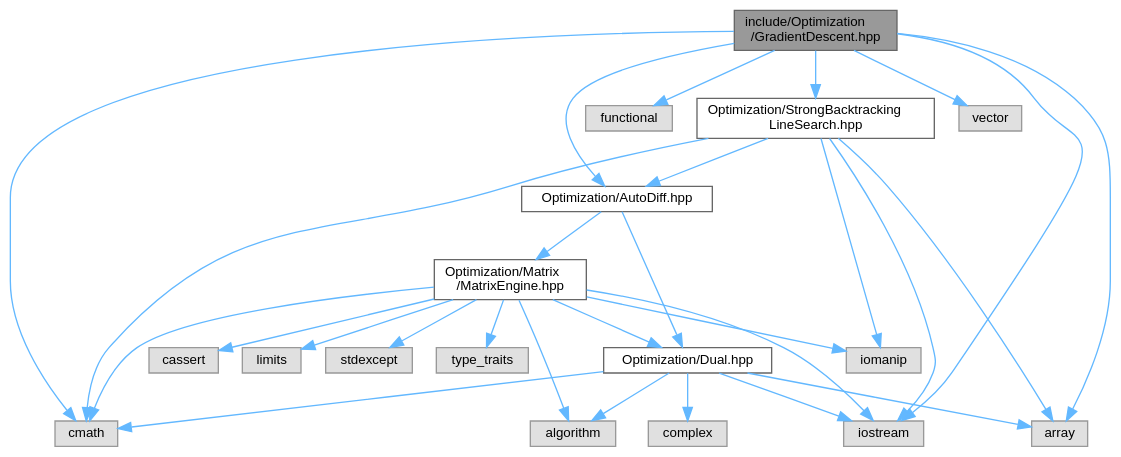
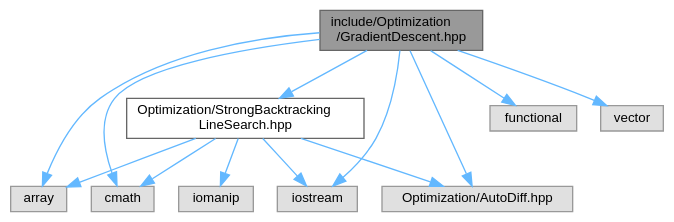
Before and after one commit to jswoo0615/Algorithms_for_Optimization_cpp: the diagram in GradientDescent_8hpp__incl.dot, drawn with Graphviz. The commit also changed 87 other files, not shown here.

```diff
--- a/GradientDescent_8hpp__incl.dot
+++ b/GradientDescent_8hpp__incl.dot
@@ -1,52 +1,28 @@
 digraph "include/Optimization/GradientDescent.hpp"
 {
  // LATEX_PDF_SIZE
   bgcolor="transparent";
   edge [fontname=Helvetica,fontsize=10,labelfontname=Helvetica,labelfontsize=10];
   node [fontname=Helvetica,fontsize=10,shape=box,height=0.2,width=0.4];
   Node1 [id="Node000001",label="include/Optimization\l/GradientDescent.hpp",height=0.2,width=0.4,color="gray40", fillcolor="grey60", style="filled", fontcolor="black",tooltip="Gradient Descent (경사하강법) 최적화 알고리즘 구현"];
   Node1 -> Node2 [id="edge1_Node000001_Node000002",color="steelblue1",style="solid",tooltip=" "];
   Node2 [id="Node000002",label="array",height=0.2,width=0.4,color="grey60", fillcolor="#E0E0E0", style="filled",tooltip=" "];
   Node1 -> Node3 [id="edge2_Node000001_Node000003",color="steelblue1",style="solid",tooltip=" "];
   Node3 [id="Node000003",label="cmath",height=0.2,width=0.4,color="grey60", fillcolor="#E0E0E0", style="filled",tooltip=" "];
   Node1 -> Node4 [id="edge3_Node000001_Node000004",color="steelblue1",style="solid",tooltip=" "];
   Node4 [id="Node000004",label="functional",height=0.2,width=0.4,color="grey60", fillcolor="#E0E0E0", style="filled",tooltip=" "];
   Node1 -> Node5 [id="edge4_Node000001_Node000005",color="steelblue1",style="solid",tooltip=" "];
   Node5 [id="Node000005",label="iostream",height=0.2,width=0.4,color="grey60", fillcolor="#E0E0E0", style="filled",tooltip=" "];
   Node1 -> Node6 [id="edge5_Node000001_Node000006",color="steelblue1",style="solid",tooltip=" "];
   Node6 [id="Node000006",label="vector",height=0.2,width=0.4,color="grey60", fillcolor="#E0E0E0", style="filled",tooltip=" "];
   Node1 -> Node7 [id="edge6_Node000001_Node000007",color="steelblue1",style="solid",tooltip=" "];
-  Node7 [id="Node000007",label="Optimization/AutoDiff.hpp",height=0.2,width=0.4,color="grey40", fillcolor="white", style="filled",URL="$AutoDiff_8hpp_source.html",tooltip=" "];
-  Node7 -> Node8 [id="edge7_Node000007_Node000008",color="steelblue1",style="solid",tooltip=" "];
-  Node8 [id="Node000008",label="Optimization/Dual.hpp",height=0.2,width=0.4,color="grey40", fillcolor="white", style="filled",URL="$Dual_8hpp_source.html",tooltip=" "];
-  Node8 -> Node9 [id="edge8_Node000008_Node000009",color="steelblue1",style="solid",tooltip=" "];
-  Node9 [id="Node000009",label="algorithm",height=0.2,width=0.4,color="grey60", fillcolor="#E0E0E0", style="filled",tooltip=" "];
-  Node8 -> Node2 [id="edge9_Node000008_Node000002",color="steelblue1",style="solid",tooltip=" "];
-  Node8 -> Node3 [id="edge10_Node000008_Node000003",color="steelblue1",style="solid",tooltip=" "];
-  Node8 -> Node10 [id="edge11_Node000008_Node000010",color="steelblue1",style="solid",tooltip=" "];
-  Node10 [id="Node000010",label="complex",height=0.2,width=0.4,color="grey60", fillcolor="#E0E0E0", style="filled",tooltip=" "];
-  Node8 -> Node5 [id="edge12_Node000008_Node000005",color="steelblue1",style="solid",tooltip=" "];
-  Node7 -> Node11 [id="edge13_Node000007_Node000011",color="steelblue1",style="solid",tooltip=" "];
-  Node11 [id="Node000011",label="Optimization/Matrix\l/MatrixEngine.hpp",height=0.2,width=0.4,color="grey40", fillcolor="white", style="filled",URL="$MatrixEngine_8hpp_source.html",tooltip=" "];
-  Node11 -> Node9 [id="edge14_Node000011_Node000009",color="steelblue1",style="solid",tooltip=" "];
-  Node11 -> Node12 [id="edge15_Node000011_Node000012",color="steelblue1",style="solid",tooltip=" "];
-  Node12 [id="Node000012",label="cassert",height=0.2,width=0.4,color="grey60", fillcolor="#E0E0E0", style="filled",tooltip=" "];
-  Node11 -> Node3 [id="edge16_Node000011_Node000003",color="steelblue1",style="solid",tooltip=" "];
-  Node11 -> Node13 [id="edge17_Node000011_Node000013",color="steelblue1",style="solid",tooltip=" "];
-  Node13 [id="Node000013",label="iomanip",height=0.2,width=0.4,color="grey60", fillcolor="#E0E0E0", style="filled",tooltip=" "];
-  Node11 -> Node5 [id="edge18_Node000011_Node000005",color="steelblue1",style="solid",tooltip=" "];
-  Node11 -> Node14 [id="edge19_Node000011_Node000014",color="steelblue1",style="solid",tooltip=" "];
-  Node14 [id="Node000014",label="limits",height=0.2,width=0.4,color="grey60", fillcolor="#E0E0E0", style="filled",tooltip=" "];
-  Node11 -> Node15 [id="edge20_Node000011_Node000015",color="steelblue1",style="solid",tooltip=" "];
-  Node15 [id="Node000015",label="stdexcept",height=0.2,width=0.4,color="grey60", fillcolor="#E0E0E0", style="filled",tooltip=" "];
-  Node11 -> Node16 [id="edge21_Node000011_Node000016",color="steelblue1",style="solid",tooltip=" "];
-  Node16 [id="Node000016",label="type_traits",height=0.2,width=0.4,color="grey60", fillcolor="#E0E0E0", style="filled",tooltip=" "];
-  Node11 -> Node8 [id="edge22_Node000011_Node000008",color="steelblue1",style="solid",tooltip=" "];
-  Node1 -> Node17 [id="edge23_Node000001_Node000017",color="steelblue1",style="solid",tooltip=" "];
-  Node17 [id="Node000017",label="Optimization/StrongBacktracking\lLineSearch.hpp",height=0.2,width=0.4,color="grey40", fillcolor="white", style="filled",URL="$StrongBacktrackingLineSearch_8hpp_source.html",tooltip=" "];
-  Node17 -> Node2 [id="edge24_Node000017_Node000002",color="steelblue1",style="solid",tooltip=" "];
-  Node17 -> Node3 [id="edge25_Node000017_Node000003",color="steelblue1",style="solid",tooltip=" "];
-  Node17 -> Node13 [id="edge26_Node000017_Node000013",color="steelblue1",style="solid",tooltip=" "];
-  Node17 -> Node5 [id="edge27_Node000017_Node000005",color="steelblue1",style="solid",tooltip=" "];
-  Node17 -> Node7 [id="edge28_Node000017_Node000007",color="steelblue1",style="solid",tooltip=" "];
+  Node7 [id="Node000007",label="Optimization/AutoDiff.hpp",height=0.2,width=0.4,color="grey60", fillcolor="#E0E0E0", style="filled",tooltip=" "];
+  Node1 -> Node8 [id="edge7_Node000001_Node000008",color="steelblue1",style="solid",tooltip=" "];
+  Node8 [id="Node000008",label="Optimization/StrongBacktracking\lLineSearch.hpp",height=0.2,width=0.4,color="grey40", fillcolor="white", style="filled",URL="$StrongBacktrackingLineSearch_8hpp_source.html",tooltip=" "];
+  Node8 -> Node2 [id="edge8_Node000008_Node000002",color="steelblue1",style="solid",tooltip=" "];
+  Node8 -> Node3 [id="edge9_Node000008_Node000003",color="steelblue1",style="solid",tooltip=" "];
+  Node8 -> Node9 [id="edge10_Node000008_Node000009",color="steelblue1",style="solid",tooltip=" "];
+  Node9 [id="Node000009",label="iomanip",height=0.2,width=0.4,color="grey60", fillcolor="#E0E0E0", style="filled",tooltip=" "];
+  Node8 -> Node5 [id="edge11_Node000008_Node000005",color="steelblue1",style="solid",tooltip=" "];
+  Node8 -> Node7 [id="edge12_Node000008_Node000007",color="steelblue1",style="solid",tooltip=" "];
 }
```
